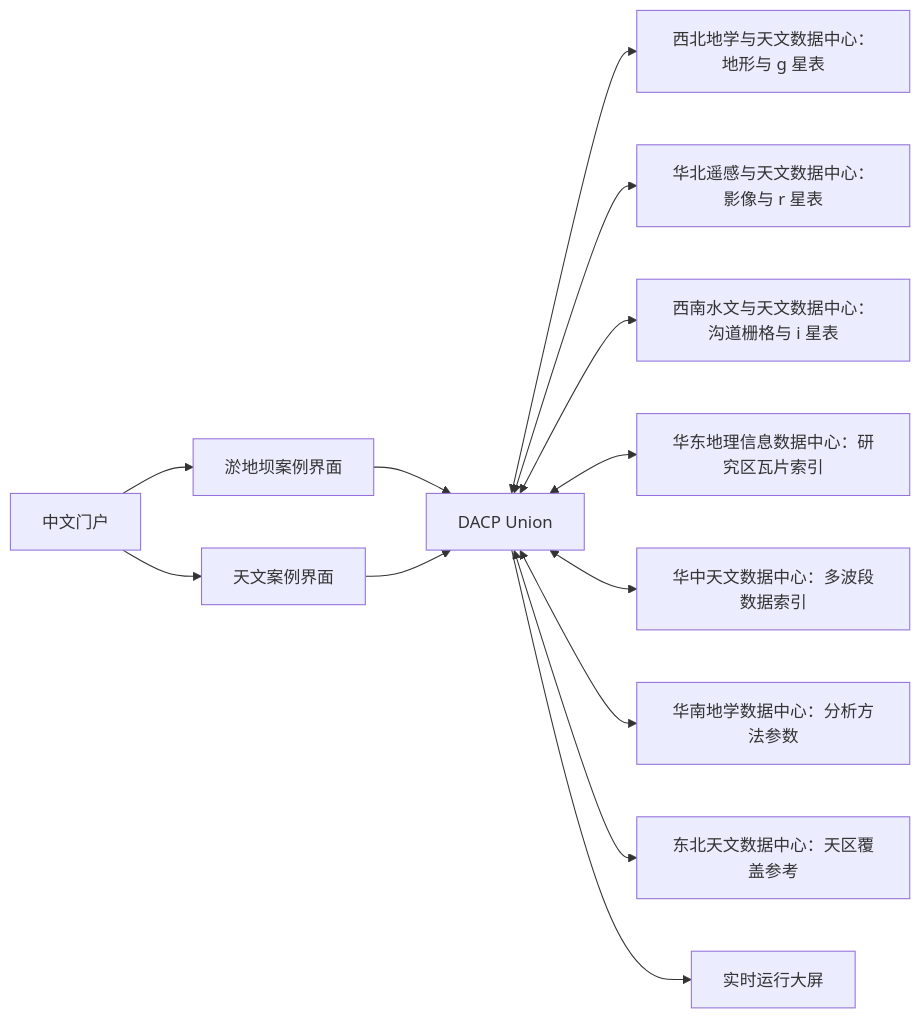
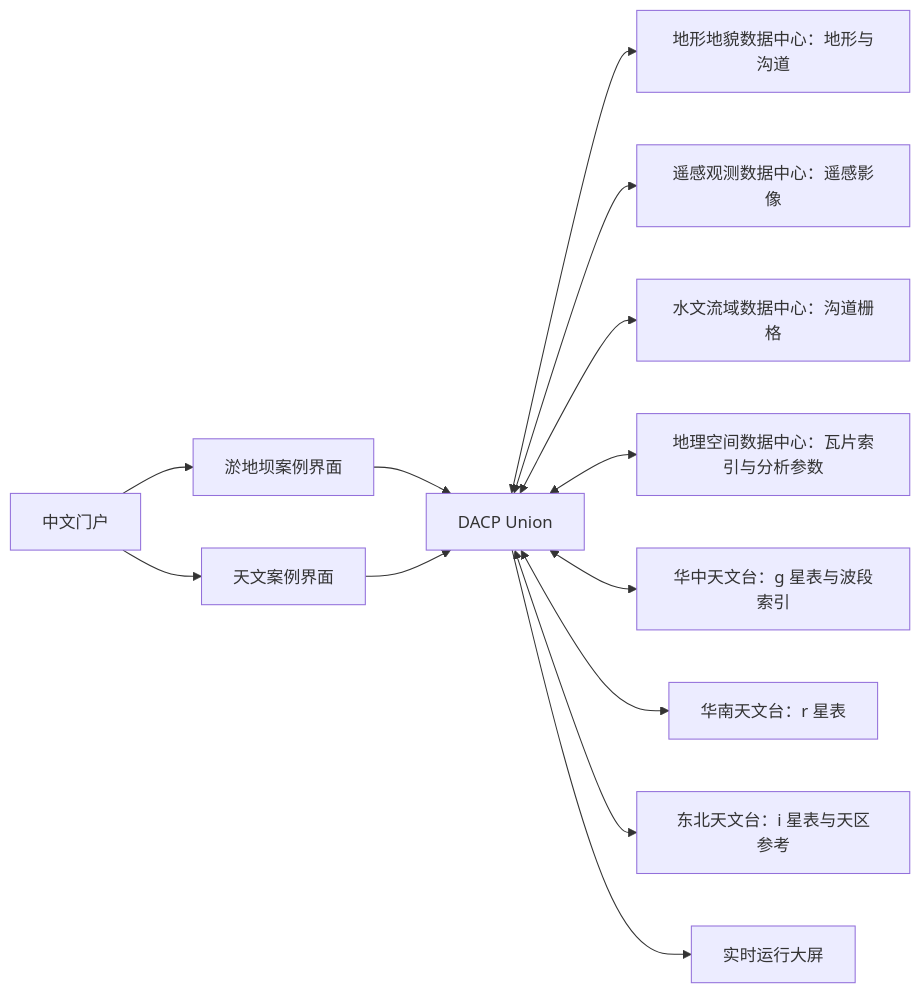
Before and after one commit to rdcn-link/conet: the diagram in README_zh.md, drawn with Mermaid. The commit also changed 17 other files, not shown here.

````diff
--- a/README_zh.md
+++ b/README_zh.md
@@ -13,15 +13,15 @@
 ```mermaid
 flowchart LR
     Visitor[中文门户] --> Dam[淤地坝案例界面]
     Visitor --> Astro[天文案例界面]
     Dam --> U[DACP Union]
     Astro --> U
-    U <--> A[西北地学与天文数据中心：地形与 g 星表]
-    U <--> B[华北遥感与天文数据中心：影像与 r 星表]
-    U <--> C[西南水文与天文数据中心：沟道栅格与 i 星表]
-    U <--> D[华东地理信息数据中心：研究区瓦片索引]
-    U <--> E[华中天文数据中心：多波段数据索引]
-    U <--> F[华南地学数据中心：分析方法参数]
-    U <--> G[东北天文数据中心：天区覆盖参考]
+    U <--> A[地形地貌数据中心：地形与沟道]
+    U <--> B[遥感观测数据中心：遥感影像]
+    U <--> C[水文流域数据中心：沟道栅格]
+    U <--> D[地理空间数据中心：瓦片索引与分析参数]
+    U <--> E[华中天文台：g 星表与波段索引]
+    U <--> F[华南天文台：r 星表]
+    U <--> G[东北天文台：i 星表与天区参考]
     U --> Screen[实时运行大屏]
 ```
````
